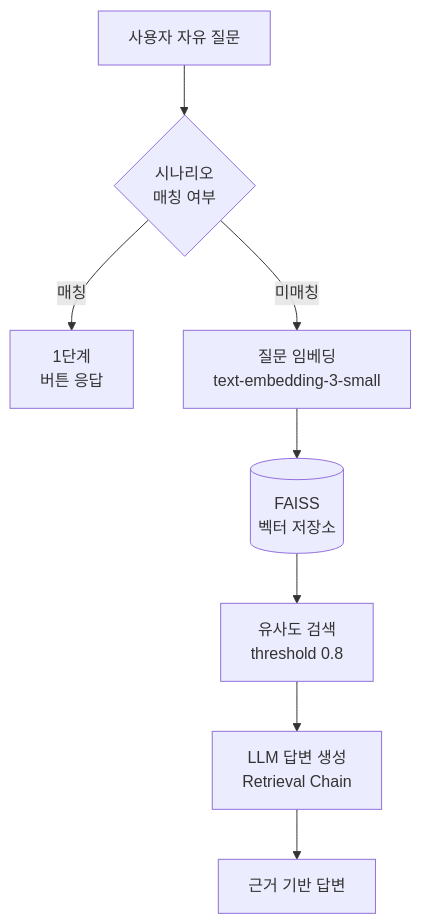
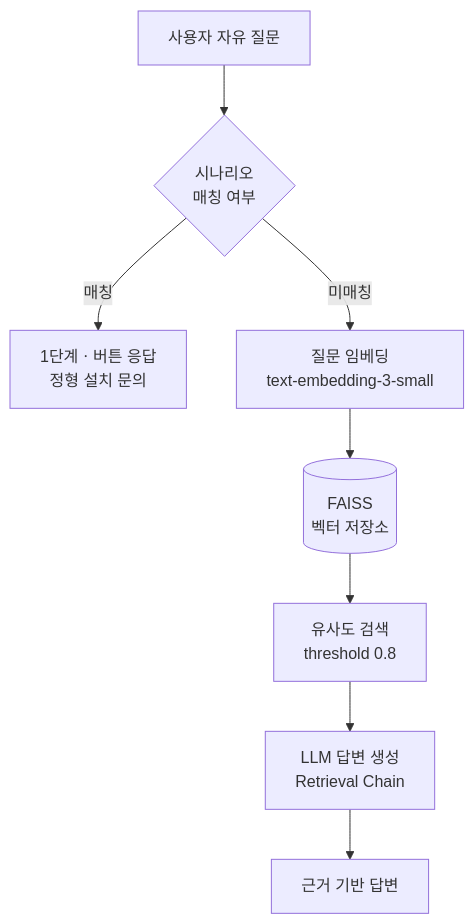
One commit to minjaejeon0827/KakaoChatbot changed the third of 3 diagrams in README.md. Above: the diagram before and after it, drawn with Mermaid. The commit also changed other lines of this file and 6 other files, not shown here.

````diff
--- a/README.md
+++ b/README.md
@@ -558,10 +577,10 @@
 ```mermaid
 flowchart TB
     Q["사용자 자유 질문"] --> R{"시나리오<br/>매칭 여부"}
-    R -->|"매칭"| B["1단계<br/>버튼 응답"]
+    R -->|"매칭"| B["1단계ㆍ버튼 응답<br/>정형 설치 문의"]
     R -->|"미매칭"| E["질문 임베딩<br/>text-embedding-3-small"]
     E --> V[("FAISS<br/>벡터 저장소")]
     V --> S["유사도 검색<br/>threshold 0.8"]
     S --> L["LLM 답변 생성<br/>Retrieval Chain"]
     L --> A["근거 기반 답변"]
 ```
````
